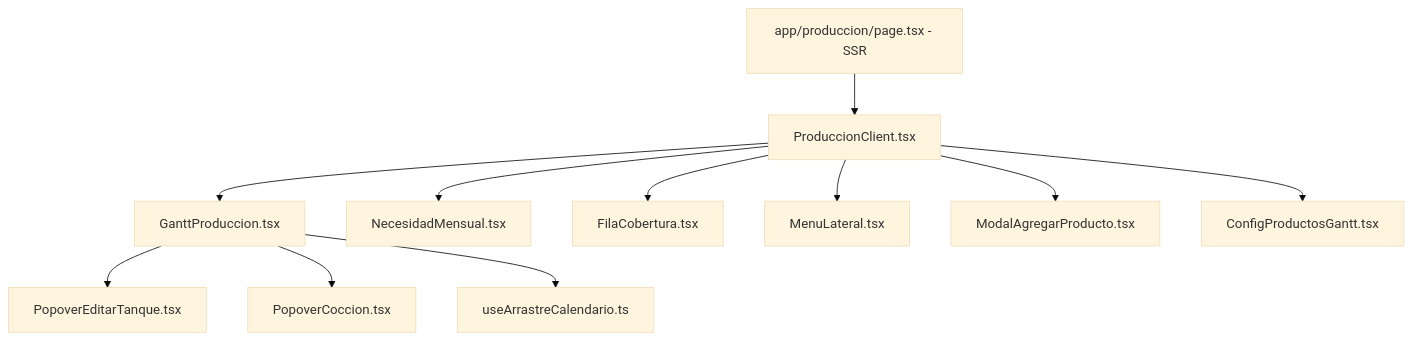
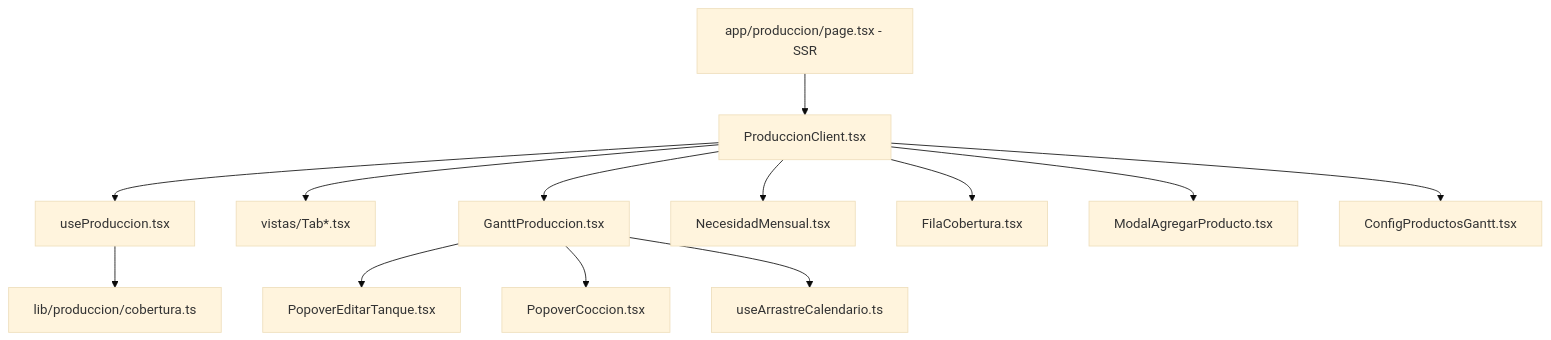
One commit to claudioheufemann-droid/el-regreso-pwa changed the diagram in docs/memoria/produccion/04_COMPONENTES_Y_VISTAS.md. Above: the diagram before and after it, drawn with Mermaid (base theme). The commit also changed other lines of this file and 38 other files, not shown here.

First line of the commit message:
Produccion: rediseño en 5 pestañas, motor de cobertura y Gantt rapido

````diff
--- a/docs/memoria/produccion/04_COMPONENTES_Y_VISTAS.md
+++ b/docs/memoria/produccion/04_COMPONENTES_Y_VISTAS.md
@@ -7,13 +7,15 @@
 ```mermaid
 graph TD
     page.tsx[app/produccion/page.tsx - SSR] --> ProduccionClient[ProduccionClient.tsx]
+    ProduccionClient --> Hook[useProduccion.tsx]
+    ProduccionClient --> Vistas[vistas/Tab*.tsx]
+    Hook --> Motor[lib/produccion/cobertura.ts]
     ProduccionClient --> Gantt[GanttProduccion.tsx]
     ProduccionClient --> MRP[NecesidadMensual.tsx]
     ProduccionClient --> Cobertura[FilaCobertura.tsx]
-    ProduccionClient --> Menu[MenuLateral.tsx]
     ProduccionClient --> ModalPlan[ModalAgregarProducto.tsx]
     ProduccionClient --> ConfigGantt[ConfigProductosGantt.tsx]
     Gantt --> PopoverTanque[PopoverEditarTanque.tsx]
     Gantt --> PopoverCoccion[PopoverCoccion.tsx]
     Gantt --> HookDrag[useArrastreCalendario.ts]
 ```
````
